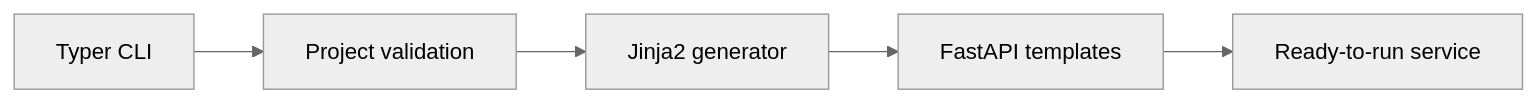
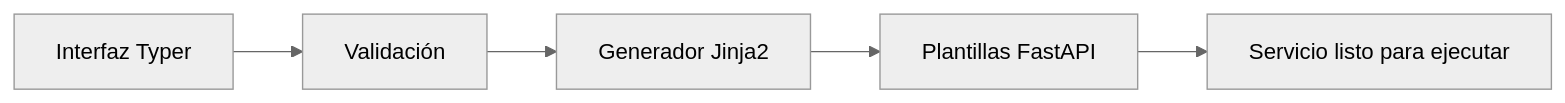
Before and after one commit to cronoss20/devlaunch-lite: the diagram in README.es.md, drawn with Mermaid (neutral theme). The commit also changed other lines of this file, not shown here.

````diff
--- a/README.es.md
+++ b/README.es.md
@@ -92,7 +93,7 @@
 ```mermaid
 flowchart LR
-    CLI[Typer CLI] --> Validation[Project validation]
-    Validation --> Generator[Jinja2 generator]
-    Generator --> Templates[FastAPI templates]
-    Templates --> Output[Ready-to-run service]
+    CLI[Interfaz Typer] --> Validation[Validación]
+    Validation --> Generator[Generador Jinja2]
+    Generator --> Templates[Plantillas FastAPI]
+    Templates --> Output[Servicio listo para ejecutar]
 ```
````
